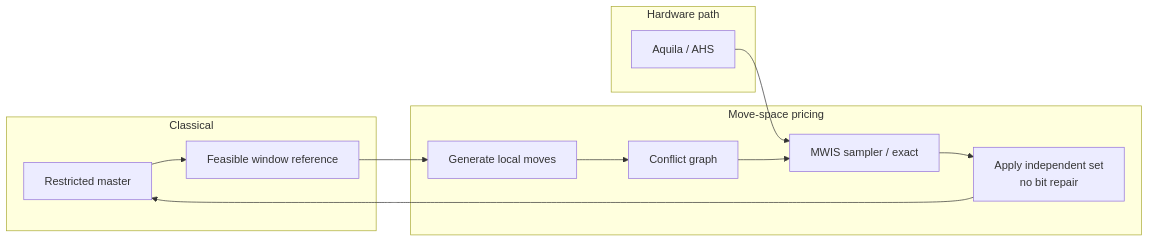
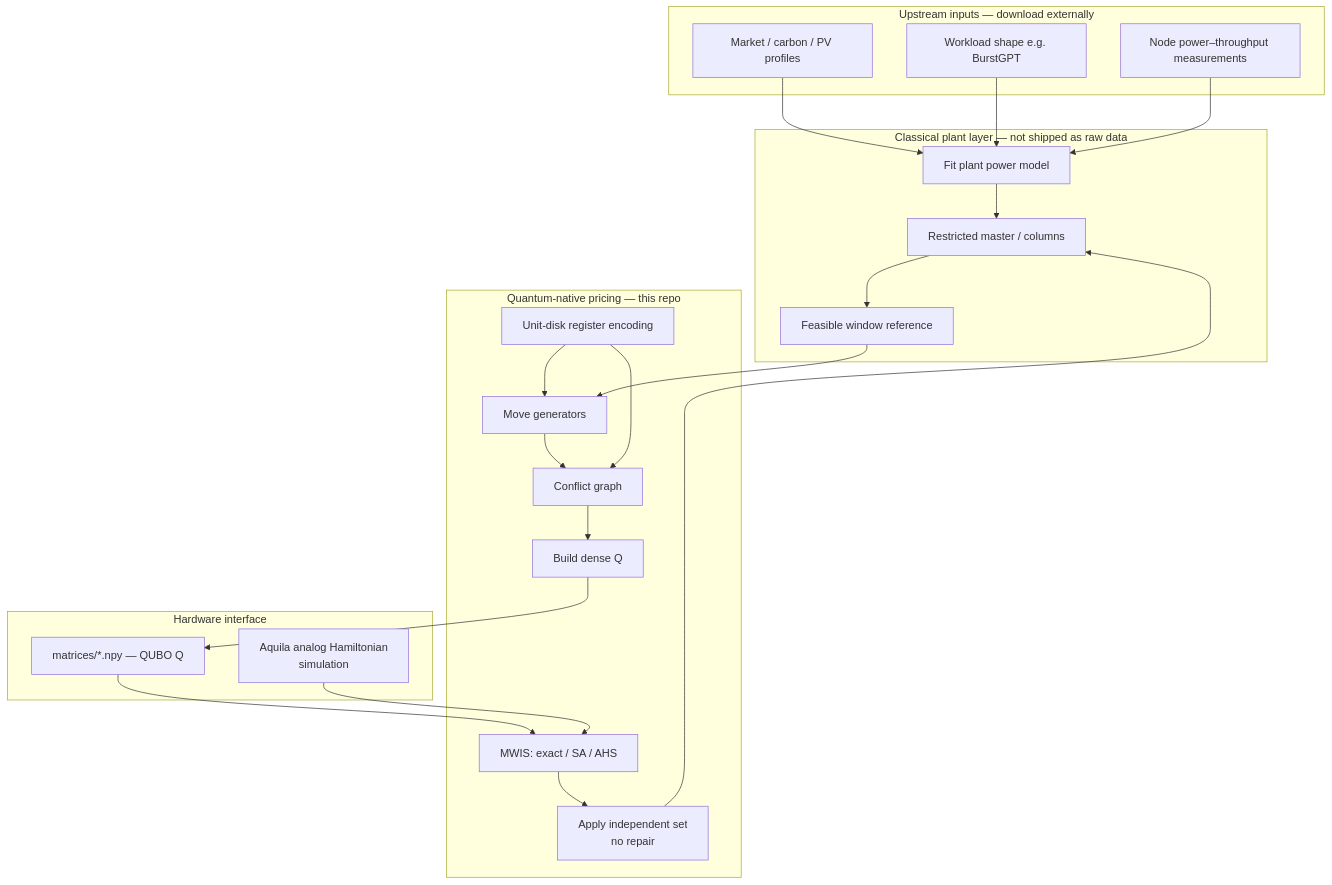
Before and after one commit to jc2341-Cambridge/hybrid-quantum-token-factory: the first of 2 diagrams in Readme.md, drawn with Mermaid. The commit also changed other lines of this file and 1 other file, not shown here.

First line of the commit message:
Expand README with quantum mechanisms and external data links.

````diff
--- a/Readme.md
+++ b/Readme.md
@@ -18,19 +49,34 @@
 ```mermaid
-flowchart LR
-  subgraph Classical
-    RMP[Restricted master]
+flowchart TB
+  subgraph Upstream["Upstream inputs — download externally"]
+    Mkt[Market / carbon / PV profiles]
+    Wl[Workload shape e.g. BurstGPT]
+    Pwr[Node power–throughput measurements]
+  end
+  subgraph Classical["Classical plant layer — not shipped as raw data"]
+    Fit[Fit plant power model]
+    RMP[Restricted master / columns]
     Ref[Feasible window reference]
   end
-  subgraph Pricing["Move-space pricing"]
-    Gen[Generate local moves]
-    Graph[Conflict graph]
-    Solve[MWIS sampler / exact]
-    Apply[Apply independent set<br/>no bit repair]
+  subgraph QuantumNative["Quantum-native pricing — this repo"]
+    Enc[Unit-disk register encoding]
+    Moves[Move generators]
+    Conf[Conflict graph]
+    QBuild[Build dense Q]
+    Solve[MWIS: exact / SA / AHS]
+    Apply[Apply independent set<br/>no repair]
   end
-  subgraph Quantum["Hardware path"]
-    Aquila[Aquila / AHS]
+  subgraph Hardware["Hardware interface"]
+    Mat["matrices/*.npy — QUBO Q"]
+    Aquila[Aquila analog Hamiltonian<br/>simulation]
   end
-  RMP --> Ref --> Gen --> Graph --> Solve
+  Mkt --> Fit
+  Wl --> Fit
+  Pwr --> Fit
+  Fit --> RMP --> Ref --> Moves --> Conf --> QBuild --> Mat
+  Mat --> Solve
   Aquila --> Solve
+  Enc --> Moves
+  Enc --> Conf
   Solve --> Apply --> RMP
 ```
````
